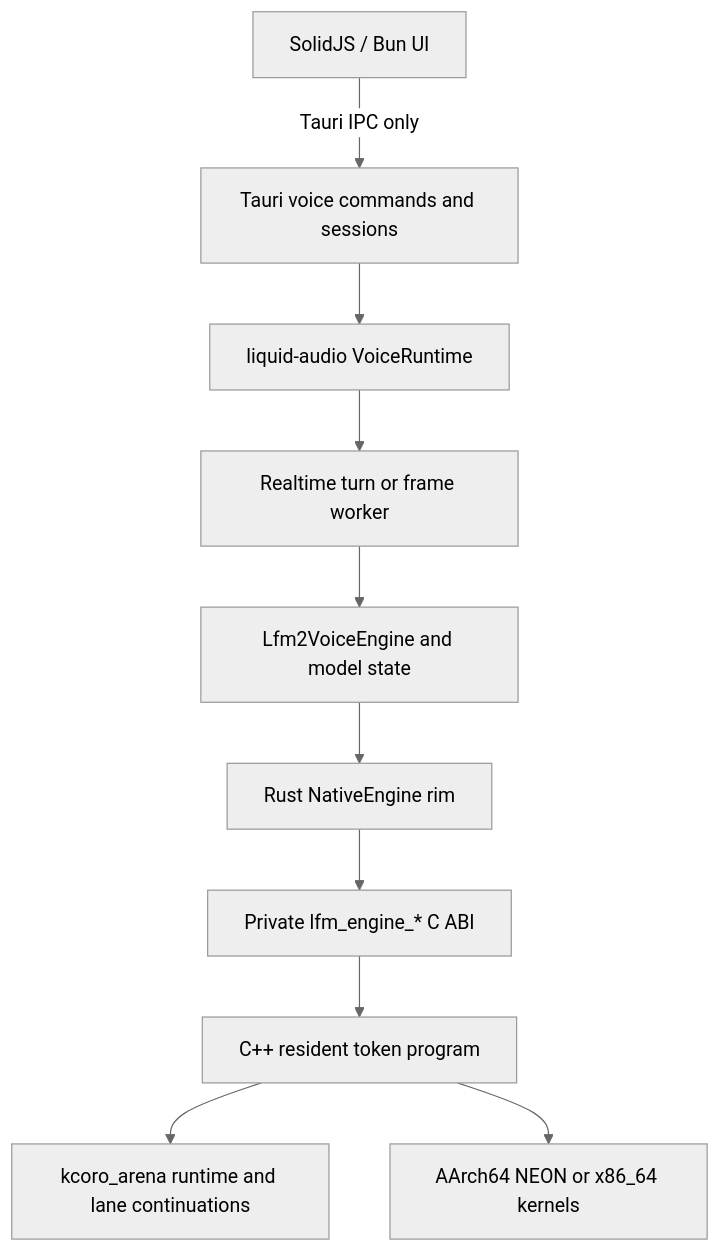
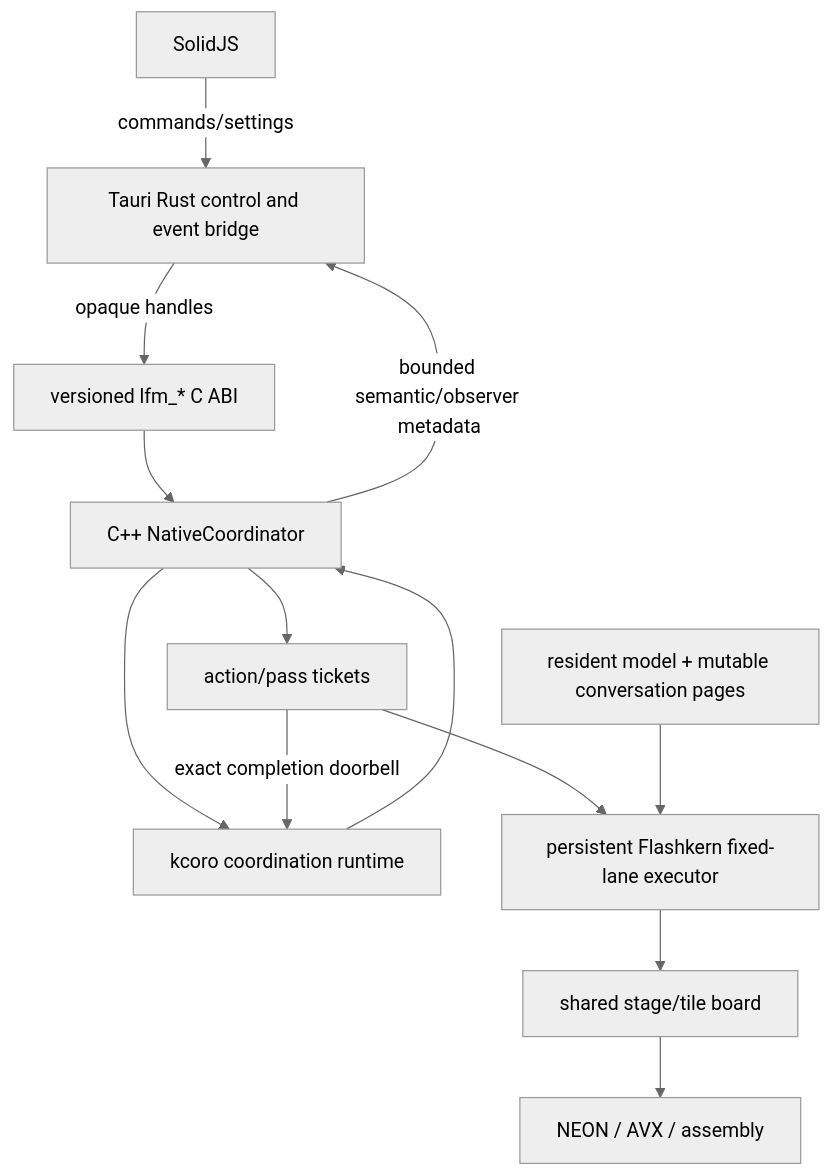
Before and after one commit to SolaceHarmony/emberharmony: the first of 3 diagrams in docs/native/KCORO_ARENA_INTEGRATION.md, drawn with Mermaid (neutral theme). The commit also changed other lines of this file and 74 other files, not shown here.

````diff
--- a/docs/native/KCORO_ARENA_INTEGRATION.md
+++ b/docs/native/KCORO_ARENA_INTEGRATION.md
@@ -90,23 +92,26 @@
 ```mermaid
 flowchart TB
-    UI["SolidJS / Bun UI"]
-    Tauri["Tauri voice commands and sessions"]
-    Runtime["liquid-audio VoiceRuntime"]
-    Pipe["Realtime turn or frame worker"]
-    Model["Lfm2VoiceEngine and model state"]
-    Rim["Rust NativeEngine rim"]
-    ABI["Private lfm_engine_* C ABI"]
-    Engine["C++ resident token program"]
-    Arena["kcoro_arena runtime and lane continuations"]
-    Kernels["AArch64 NEON or x86_64 kernels"]
+    UI["SolidJS"]
+    Tauri["Tauri Rust control and event bridge"]
+    ABI["versioned lfm_* C ABI"]
+    Coord["C++ NativeCoordinator"]
+    Kcoro["kcoro coordination runtime"]
+    Ticket["action/pass tickets"]
+    Exec["persistent Flashkern fixed-lane executor"]
+    Board["shared stage/tile board"]
+    Kernels["NEON / AVX / assembly"]
+    State["resident model + mutable conversation pages"]
 
-    UI -->|"Tauri IPC only"| Tauri
-    Tauri --> Runtime
-    Runtime --> Pipe
-    Pipe --> Model
-    Model --> Rim
-    Rim --> ABI
-    ABI --> Engine
-    Engine --> Arena
-    Engine --> Kernels
+    UI -->|"commands/settings"| Tauri
+    Tauri -->|"opaque handles"| ABI
+    ABI --> Coord
+    Coord --> Kcoro
+    Coord --> Ticket
+    Ticket --> Exec
+    Exec --> Board
+    Board --> Kernels
+    State --> Exec
+    Ticket -->|"exact completion doorbell"| Kcoro
+    Kcoro --> Coord
+    Coord -->|"bounded semantic/observer metadata"| Tauri
 ```
````
